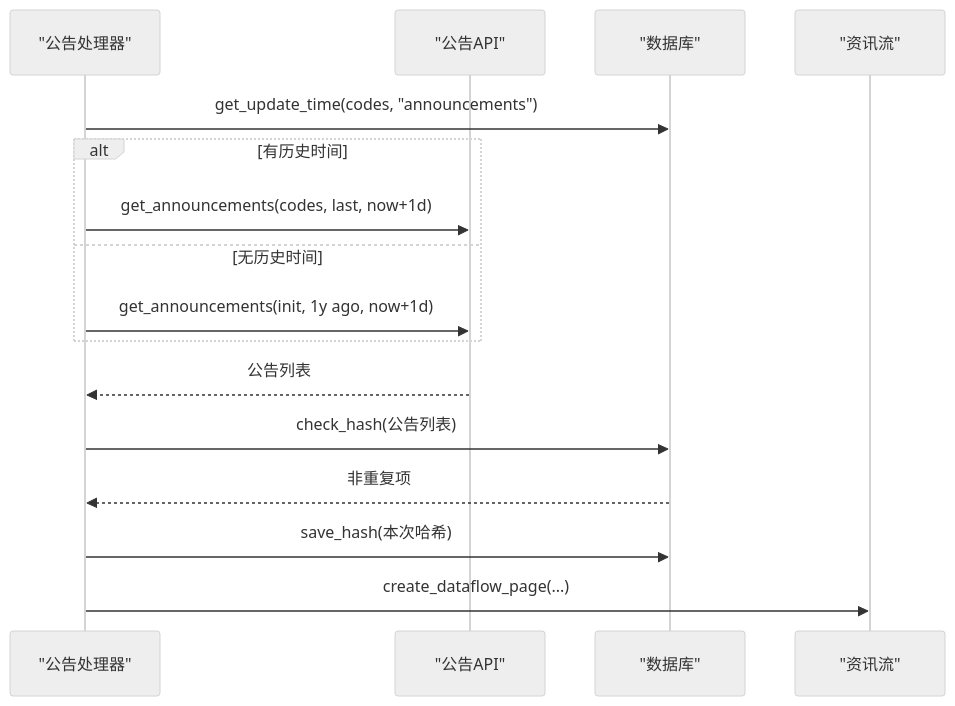
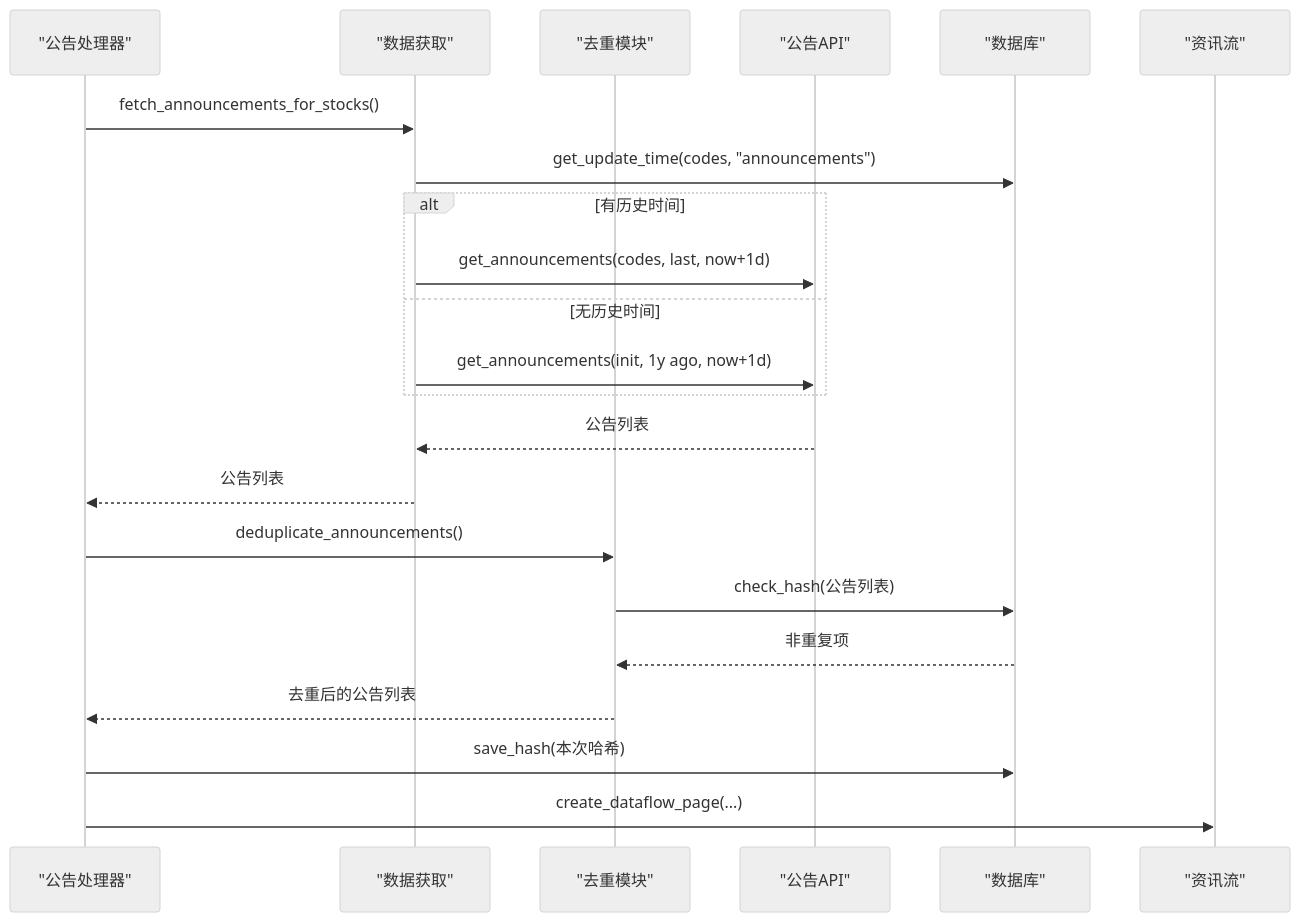
Before and after one commit to iverwong/DataLife: the fifth of 8 diagrams in .qoder/repowiki/zh/content/核心模块详解/数据库管理模块.md, drawn with Mermaid (neutral theme). The commit also changed other lines of this file and 14 other files, not shown here.

````diff
--- a/.qoder/repowiki/zh/content/核心模块详解/数据库管理模块.md
+++ b/.qoder/repowiki/zh/content/核心模块详解/数据库管理模块.md
@@ -228,18 +245,24 @@
 ```mermaid
 sequenceDiagram
 participant Handler as "公告处理器"
+participant Fetcher as "数据获取"
+participant Deduplicator as "去重模块"
 participant AnnAPI as "公告API"
 participant DB as "数据库"
 participant Notion as "资讯流"
-Handler->>DB : get_update_time(codes, "announcements")
+Handler->>Fetcher : fetch_announcements_for_stocks()
+Fetcher->>DB : get_update_time(codes, "announcements")
 alt 有历史时间
-Handler->>AnnAPI : get_announcements(codes, last, now+1d)
+Fetcher->>AnnAPI : get_announcements(codes, last, now+1d)
 else 无历史时间
-Handler->>AnnAPI : get_announcements(init, 1y ago, now+1d)
+Fetcher->>AnnAPI : get_announcements(init, 1y ago, now+1d)
 end
-AnnAPI-->>Handler : 公告列表
-Handler->>DB : check_hash(公告列表)
-DB-->>Handler : 非重复项
+AnnAPI-->>Fetcher : 公告列表
+Fetcher-->>Handler : 公告列表
+Handler->>Deduplicator : deduplicate_announcements()
+Deduplicator->>DB : check_hash(公告列表)
+DB-->>Deduplicator : 非重复项
+Deduplicator-->>Handler : 去重后的公告列表
 Handler->>DB : save_hash(本次哈希)
 Handler->>Notion : create_dataflow_page(...)
 ```
````
